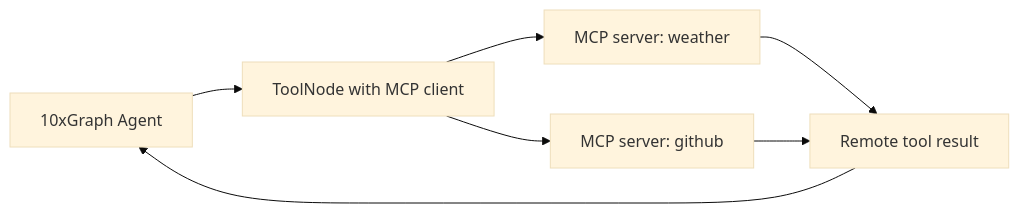
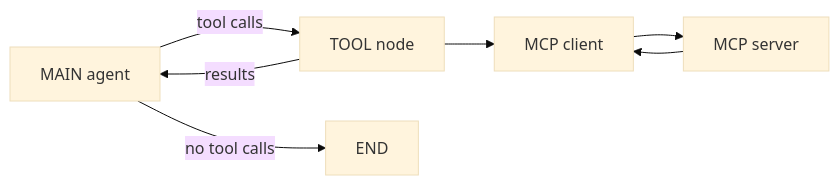
One commit to 10xHub/agentflow-docs changed the diagram in src/content/docs/examples/mcp-react-agent.md. Above: the diagram before and after it, drawn with Mermaid (base theme). The commit also changed other lines of this file and 130 other files, not shown here.

````diff
--- a/src/content/docs/examples/mcp-react-agent.md
+++ b/src/content/docs/examples/mcp-react-agent.md
@@ -36,9 +44,9 @@
 ```mermaid
 flowchart LR
-    A[10xGraph Agent] --> B[ToolNode with MCP client]
-    B --> C[MCP server: weather]
-    B --> D[MCP server: github]
-    C --> E[Remote tool result]
-    D --> E
-    E --> A
+    A[MAIN agent] -->|tool calls| B[TOOL node]
+    B --> C[MCP client]
+    C --> D[MCP server]
+    D --> C
+    B -->|results| A
+    A -->|no tool calls| E[END]
 ```
````
